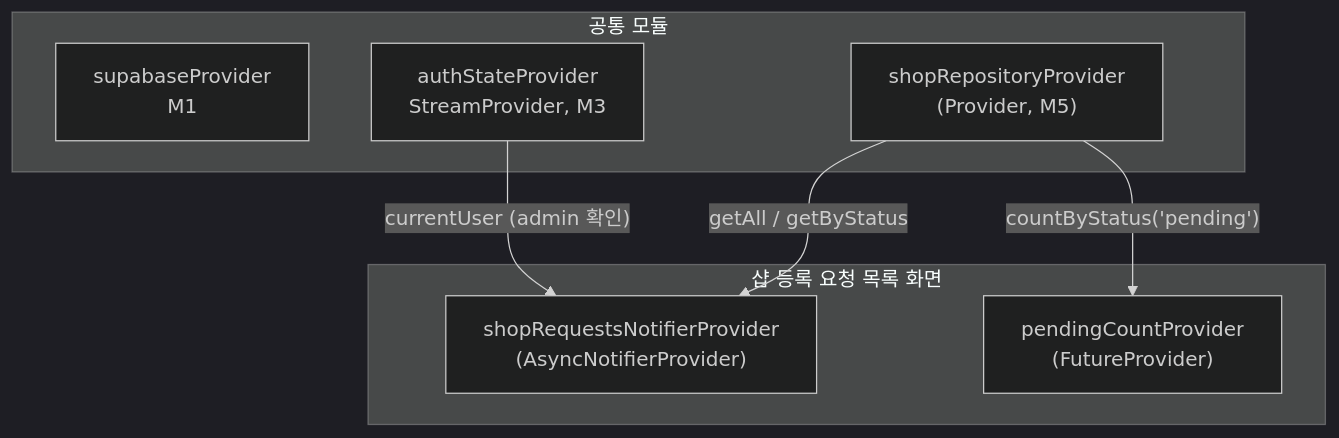
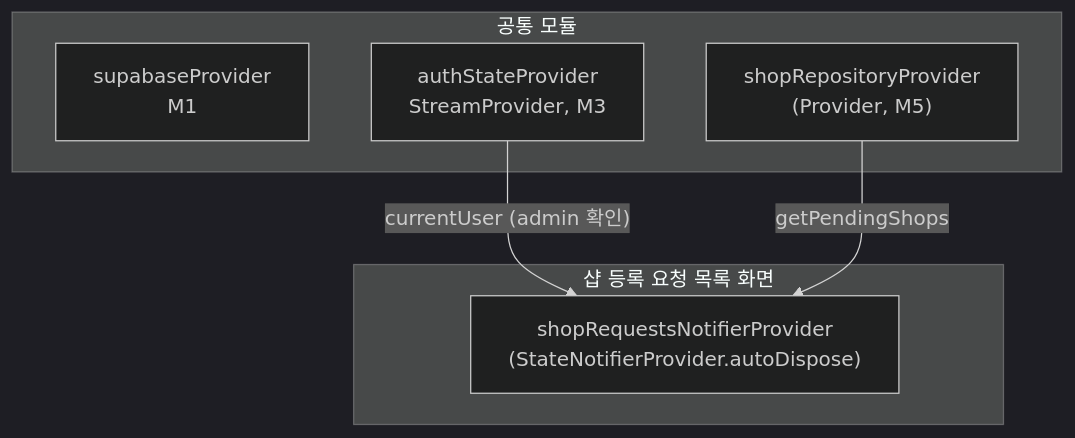
The diagram in docs/pages/admin-shop-requests/state.md (Pakkoc/badminton_app), drawn with Mermaid (dark theme) before and after one commit. The commit also changed other lines of this file and 3 other files, not shown here.

First line of the commit message:
docs: 관리자 샵 승인 플로우 SOT 문서를 실제 구현과 동기화

````diff
--- a/docs/pages/admin-shop-requests/state.md
+++ b/docs/pages/admin-shop-requests/state.md
@@ -58,17 +49,15 @@
 ```mermaid
 flowchart TD
     subgraph 공통_모듈["공통 모듈"]
         SP[supabaseProvider<br/>M1]
         AUTH[authStateProvider<br/>StreamProvider, M3]
         shopRepository["shopRepositoryProvider\n(Provider, M5)"]
     end
 
     subgraph 요청목록_화면["샵 등록 요청 목록 화면"]
-        shopRequestsNotifier["shopRequestsNotifierProvider\n(AsyncNotifierProvider)"]
-        pendingCountProvider["pendingCountProvider\n(FutureProvider)"]
+        shopRequestsNotifier["shopRequestsNotifierProvider\n(StateNotifierProvider.autoDispose)"]
     end
 
     AUTH -->|"currentUser (admin 확인)"| shopRequestsNotifier
-    shopRepository -->|"getAll / getByStatus"| shopRequestsNotifier
-    shopRepository -->|"countByStatus('pending')"| pendingCountProvider
+    shopRepository -->|"getPendingShops"| shopRequestsNotifier
 ```
````
